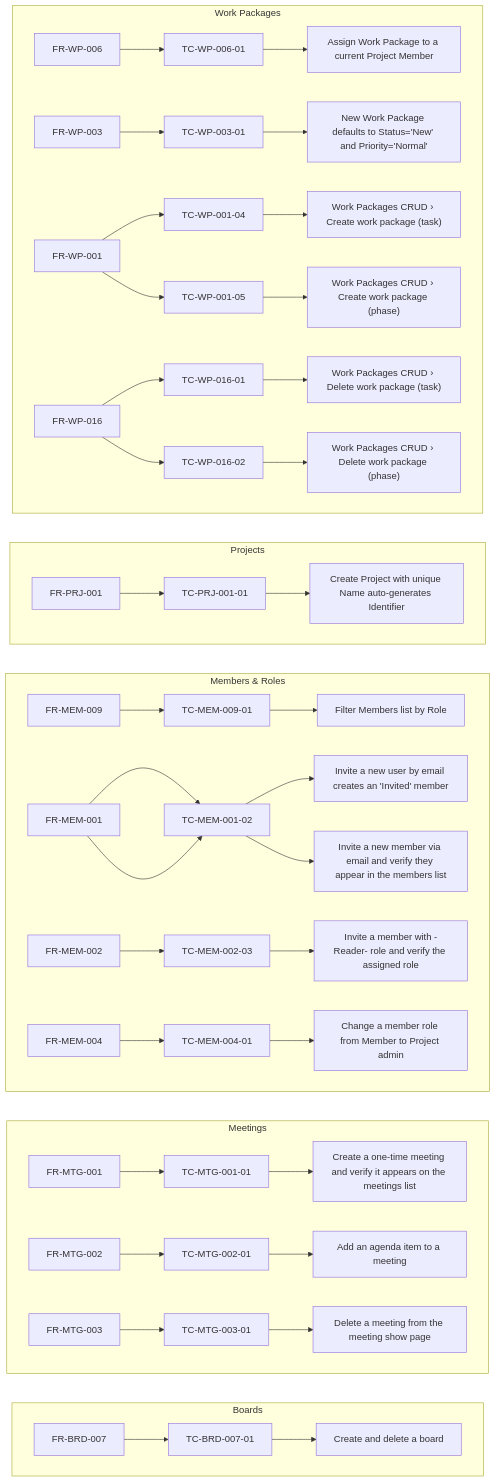
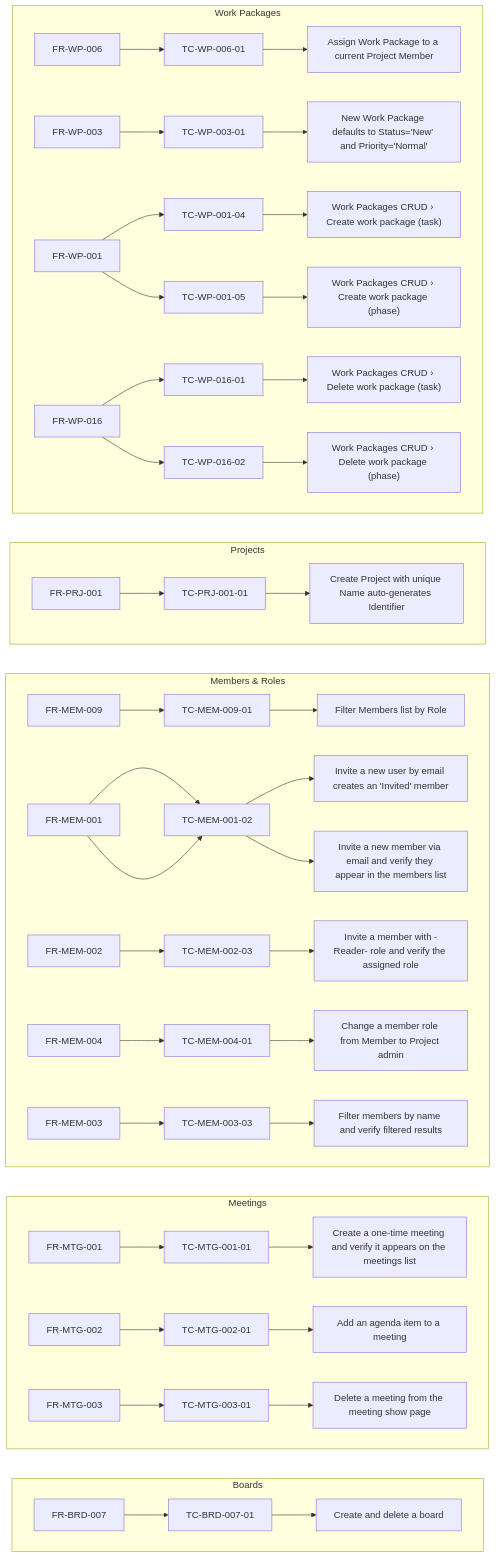
One commit to Top-Q/playwright-typescript changed the fourth of 4 diagrams in specs/product/vault/Dashboard.md. Above: the diagram before and after it, drawn with Mermaid. The commit also changed other lines of this file and 5 other files, not shown here.

First line of the commit message:
fix: filterByName waits for the filtered list; trace the filter test to TC-MEM-003-03

````diff
--- a/specs/product/vault/Dashboard.md
+++ b/specs/product/vault/Dashboard.md
@@ -66,35 +66,36 @@
 ```mermaid
 flowchart LR
     subgraph M_boards["Boards"]
         direction LR
         R_FR_BRD_007["FR-BRD-007"] --> C_TC_BRD_007_01["TC-BRD-007-01"] --> T_Create_and_delete_a_board["Create and delete a board"]
     end
     subgraph M_meetings["Meetings"]
         direction LR
         R_FR_MTG_001["FR-MTG-001"] --> C_TC_MTG_001_01["TC-MTG-001-01"] --> T_Create_a_one_time_meeting_and_verify_it_appears_on_the_meetings_list["Create a one-time meeting and verify it appears on the meetings list"]
         R_FR_MTG_002["FR-MTG-002"] --> C_TC_MTG_002_01["TC-MTG-002-01"] --> T_Add_an_agenda_item_to_a_meeting["Add an agenda item to a meeting"]
         R_FR_MTG_003["FR-MTG-003"] --> C_TC_MTG_003_01["TC-MTG-003-01"] --> T_Delete_a_meeting_from_the_meeting_show_page["Delete a meeting from the meeting show page"]
     end
     subgraph M_members_roles["Members & Roles"]
         direction LR
         R_FR_MEM_009["FR-MEM-009"] --> C_TC_MEM_009_01["TC-MEM-009-01"] --> T_Filter_Members_list_by_Role["Filter Members list by Role"]
         R_FR_MEM_001["FR-MEM-001"] --> C_TC_MEM_001_02["TC-MEM-001-02"] --> T_Invite_a_new_user_by_email_creates_an__Invited__member["Invite a new user by email creates an 'Invited' member"]
         R_FR_MEM_001["FR-MEM-001"] --> C_TC_MEM_001_02["TC-MEM-001-02"] --> T_Invite_a_new_member_via_email_and_verify_they_appear_in_the_members_list["Invite a new member via email and verify they appear in the members list"]
         R_FR_MEM_002["FR-MEM-002"] --> C_TC_MEM_002_03["TC-MEM-002-03"] --> T_Invite_a_member_with__Reader__role_and_verify_the_assigned_role["Invite a member with -Reader- role and verify the assigned role"]
         R_FR_MEM_004["FR-MEM-004"] --> C_TC_MEM_004_01["TC-MEM-004-01"] --> T_Change_a_member_role_from_Member_to_Project_admin["Change a member role from Member to Project admin"]
+        R_FR_MEM_003["FR-MEM-003"] --> C_TC_MEM_003_03["TC-MEM-003-03"] --> T_Filter_members_by_name_and_verify_filtered_results["Filter members by name and verify filtered results"]
     end
     subgraph M_projects["Projects"]
         direction LR
         R_FR_PRJ_001["FR-PRJ-001"] --> C_TC_PRJ_001_01["TC-PRJ-001-01"] --> T_Create_Project_with_unique_Name_auto_generates_Identifier["Create Project with unique Name auto-generates Identifier"]
     end
     subgraph M_work_packages["Work Packages"]
         direction LR
         R_FR_WP_006["FR-WP-006"] --> C_TC_WP_006_01["TC-WP-006-01"] --> T_Assign_Work_Package_to_a_current_Project_Member["Assign Work Package to a current Project Member"]
         R_FR_WP_003["FR-WP-003"] --> C_TC_WP_003_01["TC-WP-003-01"] --> T_New_Work_Package_defaults_to_Status__New__and_Priority__Normal_["New Work Package defaults to Status='New' and Priority='Normal'"]
         R_FR_WP_001["FR-WP-001"] --> C_TC_WP_001_04["TC-WP-001-04"] --> T_Work_Packages_CRUD___Create_work_package__task_["Work Packages CRUD › Create work package (task)"]
         R_FR_WP_016["FR-WP-016"] --> C_TC_WP_016_01["TC-WP-016-01"] --> T_Work_Packages_CRUD___Delete_work_package__task_["Work Packages CRUD › Delete work package (task)"]
         R_FR_WP_001["FR-WP-001"] --> C_TC_WP_001_05["TC-WP-001-05"] --> T_Work_Packages_CRUD___Create_work_package__phase_["Work Packages CRUD › Create work package (phase)"]
         R_FR_WP_016["FR-WP-016"] --> C_TC_WP_016_02["TC-WP-016-02"] --> T_Work_Packages_CRUD___Delete_work_package__phase_["Work Packages CRUD › Delete work package (phase)"]
     end
-    class R_FR_BRD_007,C_TC_BRD_007_01,T_Create_and_delete_a_board,R_FR_MTG_001,C_TC_MTG_001_01,T_Create_a_one_time_meeting_and_verify_it_appears_on_the_meetings_list,R_FR_MTG_002,C_TC_MTG_002_01,T_Add_an_agenda_item_to_a_meeting,R_FR_MTG_003,C_TC_MTG_003_01,T_Delete_a_meeting_from_the_meeting_show_page,R_FR_MEM_009,C_TC_MEM_009_01,T_Filter_Members_list_by_Role,R_FR_MEM_001,C_TC_MEM_001_02,T_Invite_a_new_user_by_email_creates_an__Invited__member,T_Invite_a_new_member_via_email_and_verify_they_appear_in_the_members_list,R_FR_MEM_002,C_TC_MEM_002_03,T_Invite_a_member_with__Reader__role_and_verify_the_assigned_role,R_FR_MEM_004,C_TC_MEM_004_01,T_Change_a_member_role_from_Member_to_Project_admin,R_FR_PRJ_001,C_TC_PRJ_001_01,T_Create_Project_with_unique_Name_auto_generates_Identifier,R_FR_WP_006,C_TC_WP_006_01,T_Assign_Work_Package_to_a_current_Project_Member,R_FR_WP_003,C_TC_WP_003_01,T_New_Work_Package_defaults_to_Status__New__and_Priority__Normal_,R_FR_WP_001,C_TC_WP_001_04,T_Work_Packages_CRUD___Create_work_package__task_,R_FR_WP_016,C_TC_WP_016_01,T_Work_Packages_CRUD___Delete_work_package__task_,C_TC_WP_001_05,T_Work_Packages_CRUD___Create_work_package__phase_,C_TC_WP_016_02,T_Work_Packages_CRUD___Delete_work_package__phase_ internal-link;
+    class R_FR_BRD_007,C_TC_BRD_007_01,T_Create_and_delete_a_board,R_FR_MTG_001,C_TC_MTG_001_01,T_Create_a_one_time_meeting_and_verify_it_appears_on_the_meetings_list,R_FR_MTG_002,C_TC_MTG_002_01,T_Add_an_agenda_item_to_a_meeting,R_FR_MTG_003,C_TC_MTG_003_01,T_Delete_a_meeting_from_the_meeting_show_page,R_FR_MEM_009,C_TC_MEM_009_01,T_Filter_Members_list_by_Role,R_FR_MEM_001,C_TC_MEM_001_02,T_Invite_a_new_user_by_email_creates_an__Invited__member,T_Invite_a_new_member_via_email_and_verify_they_appear_in_the_members_list,R_FR_MEM_002,C_TC_MEM_002_03,T_Invite_a_member_with__Reader__role_and_verify_the_assigned_role,R_FR_MEM_004,C_TC_MEM_004_01,T_Change_a_member_role_from_Member_to_Project_admin,R_FR_MEM_003,C_TC_MEM_003_03,T_Filter_members_by_name_and_verify_filtered_results,R_FR_PRJ_001,C_TC_PRJ_001_01,T_Create_Project_with_unique_Name_auto_generates_Identifier,R_FR_WP_006,C_TC_WP_006_01,T_Assign_Work_Package_to_a_current_Project_Member,R_FR_WP_003,C_TC_WP_003_01,T_New_Work_Package_defaults_to_Status__New__and_Priority__Normal_,R_FR_WP_001,C_TC_WP_001_04,T_Work_Packages_CRUD___Create_work_package__task_,R_FR_WP_016,C_TC_WP_016_01,T_Work_Packages_CRUD___Delete_work_package__task_,C_TC_WP_001_05,T_Work_Packages_CRUD___Create_work_package__phase_,C_TC_WP_016_02,T_Work_Packages_CRUD___Delete_work_package__phase_ internal-link;
 ```
````
